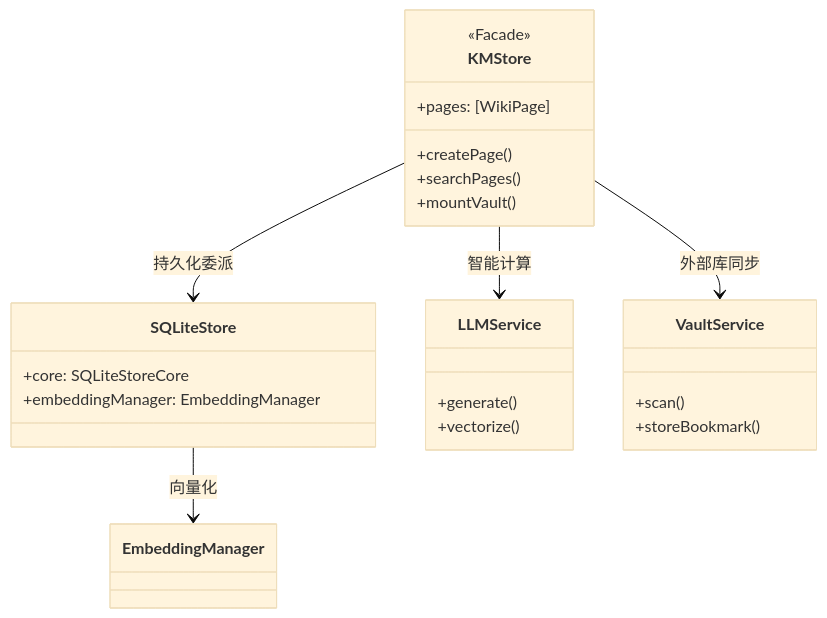
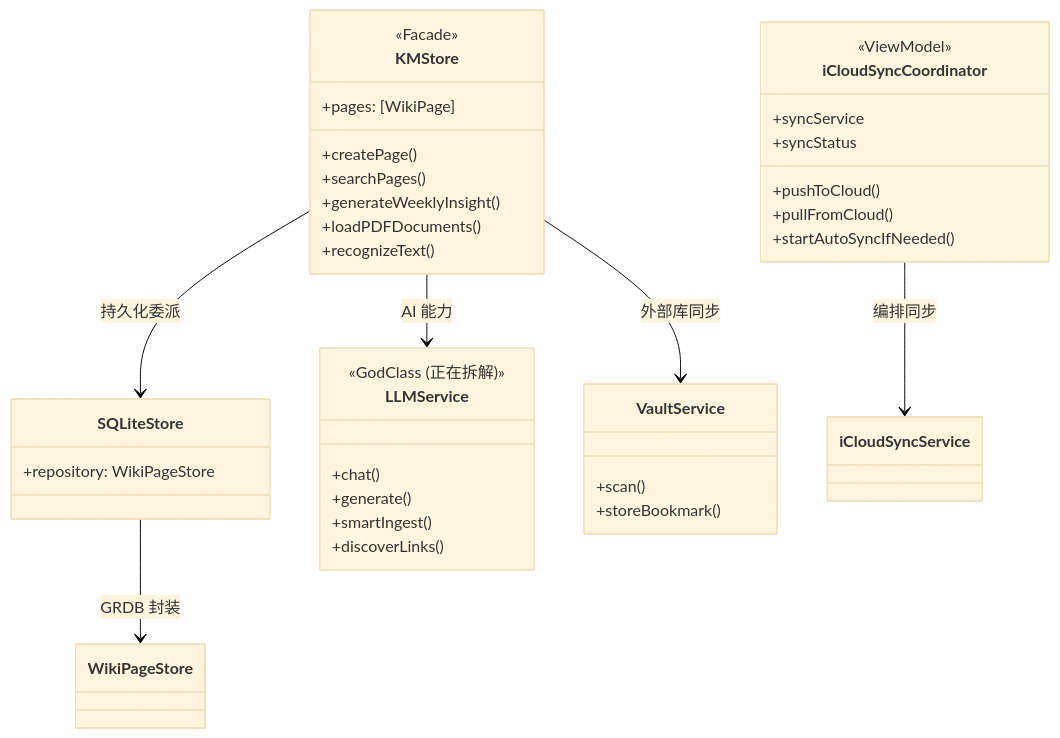
One commit to wangchong2023/KnowledgeBase changed the first of 3 diagrams in docs/Architecture/ARCHITECTURE_4PLUS1.md. Above: the diagram before and after it, drawn with Mermaid (base theme). The commit also changed other lines of this file and 277 other files, not shown here.

````diff
--- a/docs/Architecture/ARCHITECTURE_4PLUS1.md
+++ b/docs/Architecture/ARCHITECTURE_4PLUS1.md
@@ -134,27 +19,40 @@
 ```mermaid
 classDiagram
+    class iCloudSyncCoordinator {
+        <<ViewModel>>
+        +syncService
+        +syncStatus
+        +pushToCloud()
+        +pullFromCloud()
+        +startAutoSyncIfNeeded()
+    }
     class KMStore {
         <<Facade>>
         +pages: [WikiPage]
         +createPage()
         +searchPages()
-        +mountVault()
+        +generateWeeklyInsight()
+        +loadPDFDocuments()
+        +recognizeText()
     }
     class SQLiteStore {
-        +core: SQLiteStoreCore
-        +embeddingManager: EmbeddingManager
+        +repository: WikiPageStore
     }
     class LLMService {
+        <<GodClass (正在拆解)>>
+        +chat()
         +generate()
-        +vectorize()
+        +smartIngest()
+        +discoverLinks()
     }
     class VaultService {
         +scan()
         +storeBookmark()
     }
     
+    iCloudSyncCoordinator --> iCloudSyncService : 编排同步
     KMStore --> SQLiteStore : 持久化委派
-    KMStore --> LLMService : 智能计算
+    KMStore --> LLMService : AI 能力
     KMStore --> VaultService : 外部库同步
-    SQLiteStore --> EmbeddingManager : 向量化
+    SQLiteStore --> WikiPageStore : GRDB 封装
 ```
````
